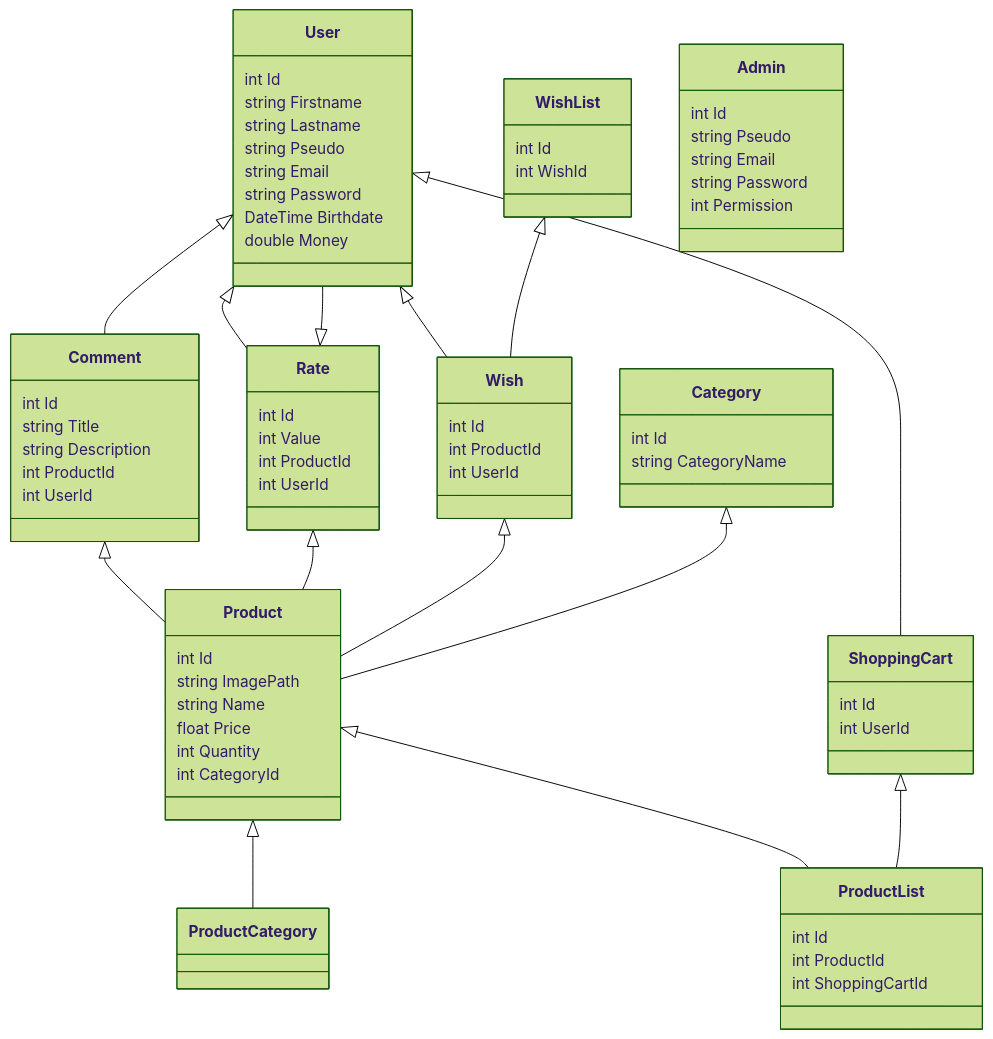
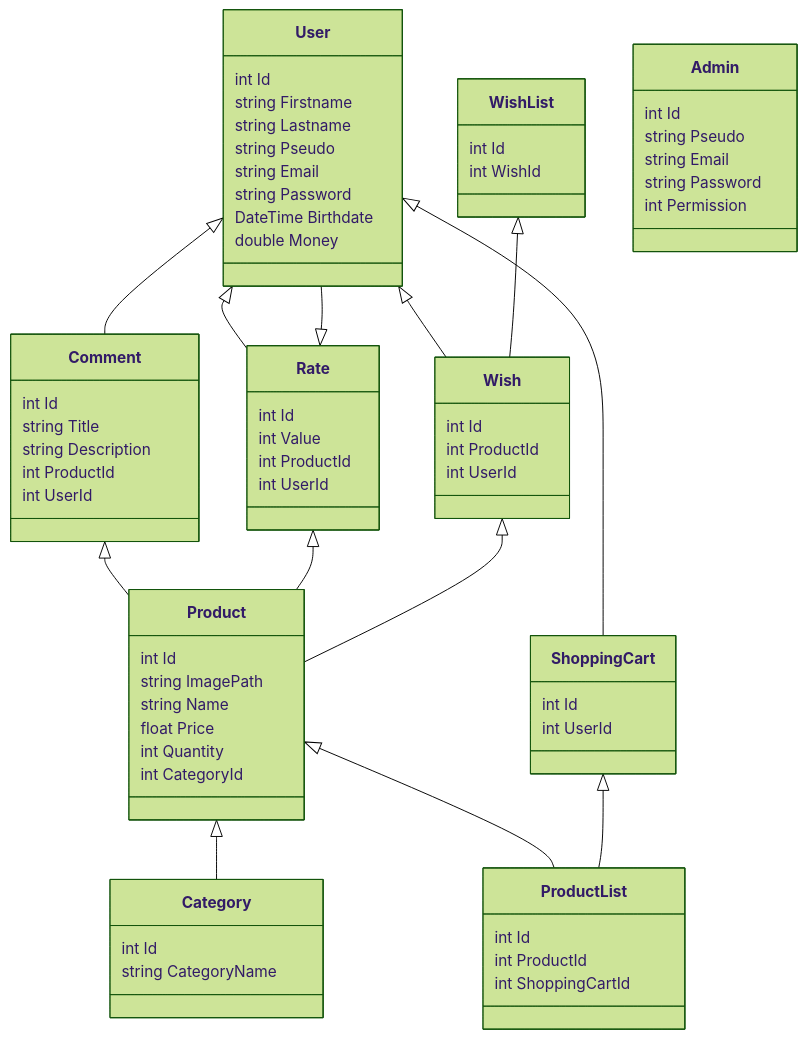
One commit to voluxyy/e-commerce changed the diagram in readme.md. Above: the diagram before and after it, drawn with Mermaid (forest theme).

Commit message:
:memo: New Diagram

```diff
--- a/readme.md
+++ b/readme.md
@@ -26,7 +26,7 @@
     User <|-- Rate
     User <|-- ShoppingCart
 
-    Product <|-- ProductCategory
+    Product <|-- Category
     Product <|-- ProductList
 
     ShoppingCart <|-- ProductList
@@ -39,8 +39,6 @@
     Wish <|-- Product
 
     WishList <|-- Wish
-
-    Category <|-- Product
 
     class Wish{
         int Id
```
